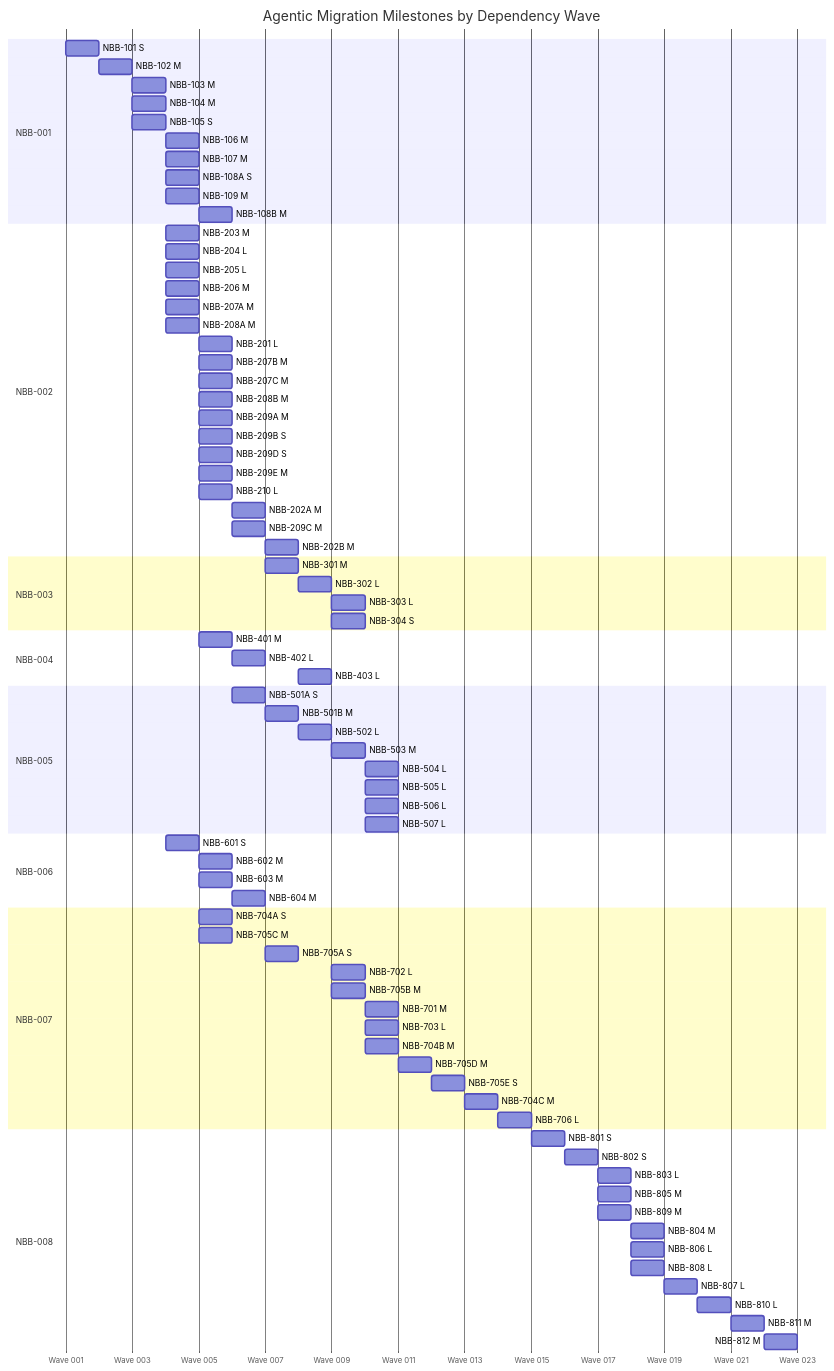
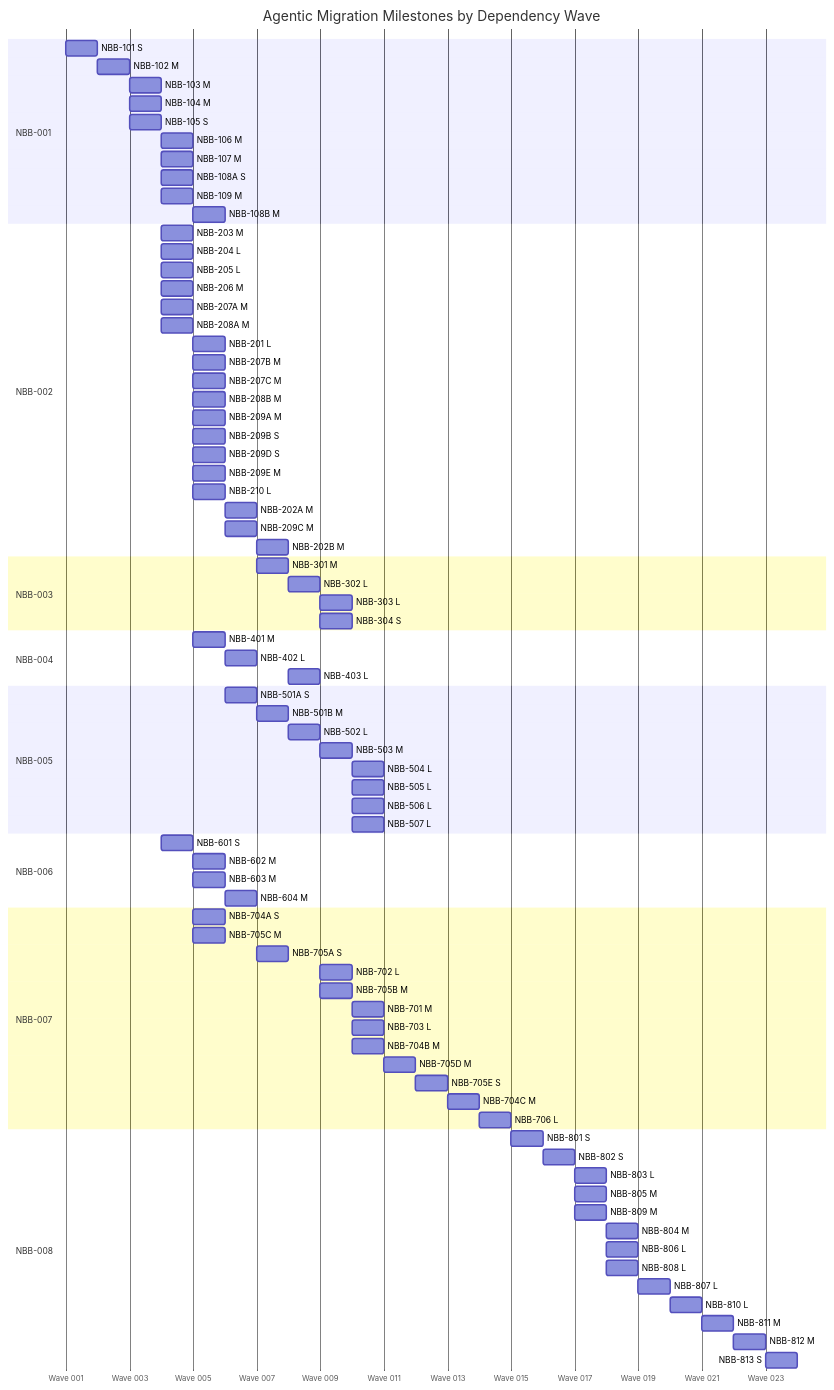
The second of 2 diagrams in docs/tickets/GRAPH.md (sour4bh/NoobBook), drawn with Mermaid before and after one commit. The commit also changed other lines of this file and 19 other files, not shown here.

````diff
--- a/docs/tickets/GRAPH.md
+++ b/docs/tickets/GRAPH.md
@@ -337,4 +340,5 @@
   NBB-810 L :2026-01-20, 1d
   NBB-811 M :2026-01-21, 1d
   NBB-812 M :2026-01-22, 1d
+  NBB-813 S :2026-01-23, 1d
 ```
````
